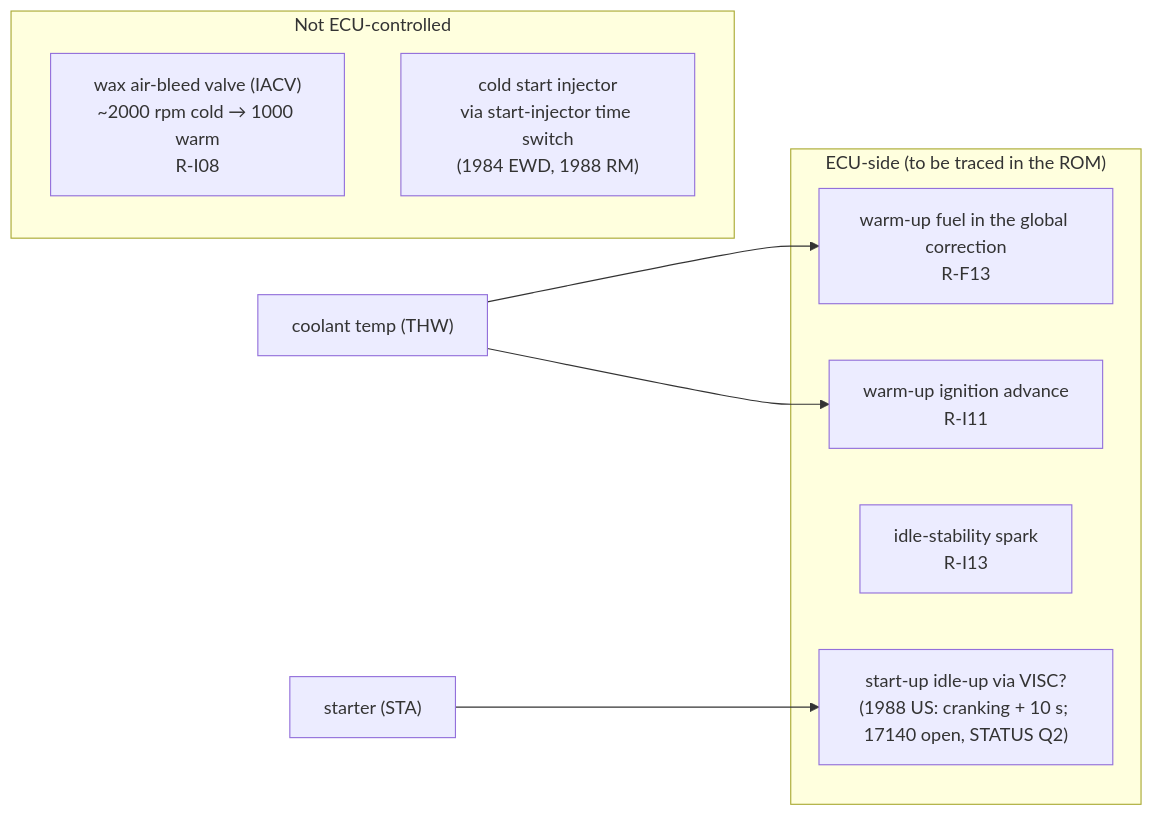
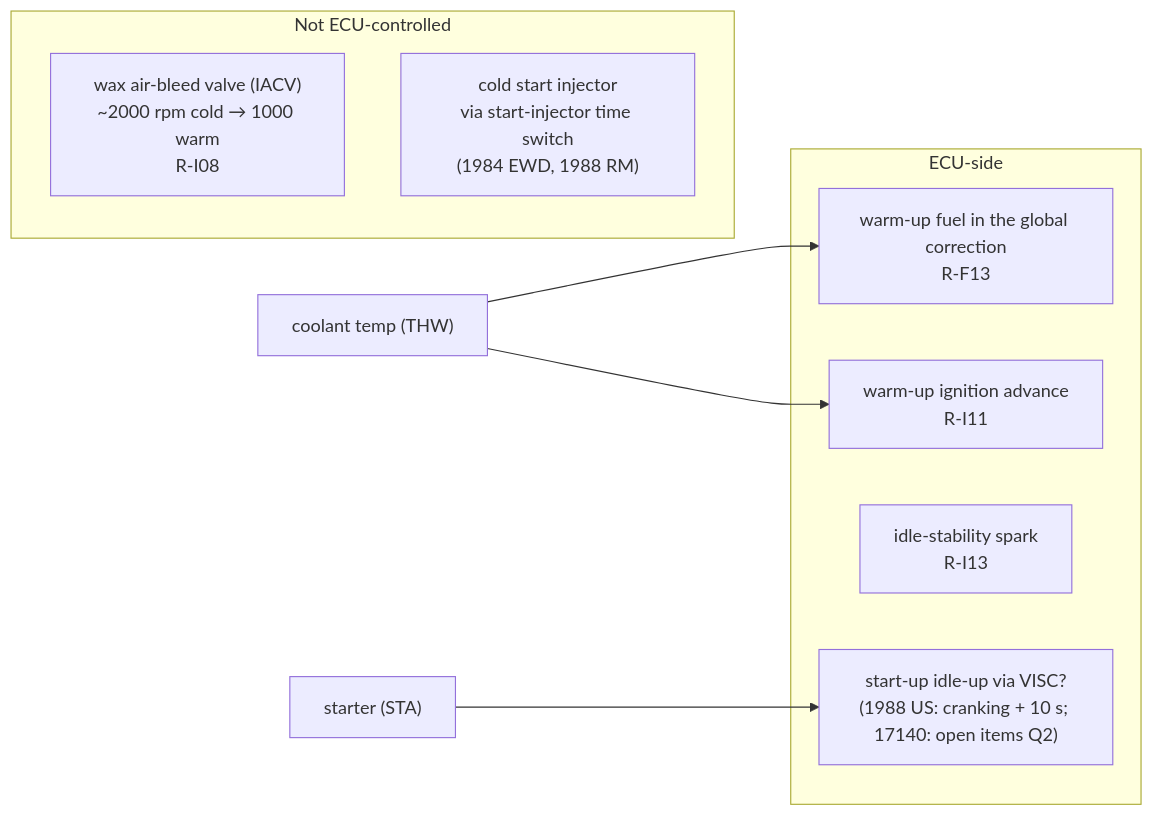
One commit to kurt-culley/Toyota-PCM-hacking changed the seventh of 7 diagrams in docs/ross/diagrams.md. Above: the diagram before and after it, drawn with Mermaid. The commit also changed other lines of this file and 153 other files, not shown here.

````diff
--- a/docs/ross/diagrams.md
+++ b/docs/ross/diagrams.md
@@ -119,16 +120,16 @@
 ```mermaid
 flowchart LR
   subgraph Mechanical["Not ECU-controlled"]
     WAX["wax air-bleed valve (IACV)<br/>~2000 rpm cold → 1000 warm<br/>R-I08"]
     CSI["cold start injector<br/>via start-injector time switch<br/>(1984 EWD, 1988 RM)"]
   end
-  subgraph ECU["ECU-side (to be traced in the ROM)"]
+  subgraph ECU["ECU-side"]
     GCFW["warm-up fuel in the global correction<br/>R-F13"]
     WUA["warm-up ignition advance<br/>R-I11"]
     STABE["idle-stability spark<br/>R-I13"]
-    VISC["start-up idle-up via VISC?<br/>(1988 US: cranking + 10 s; 17140 open, STATUS Q2)"]
+    VISC["start-up idle-up via VISC?<br/>(1988 US: cranking + 10 s; 17140: open items Q2)"]
   end
   THW["coolant temp (THW)"] --> GCFW
   THW --> WUA
   STA["starter (STA)"] --> VISC
 ```
````
